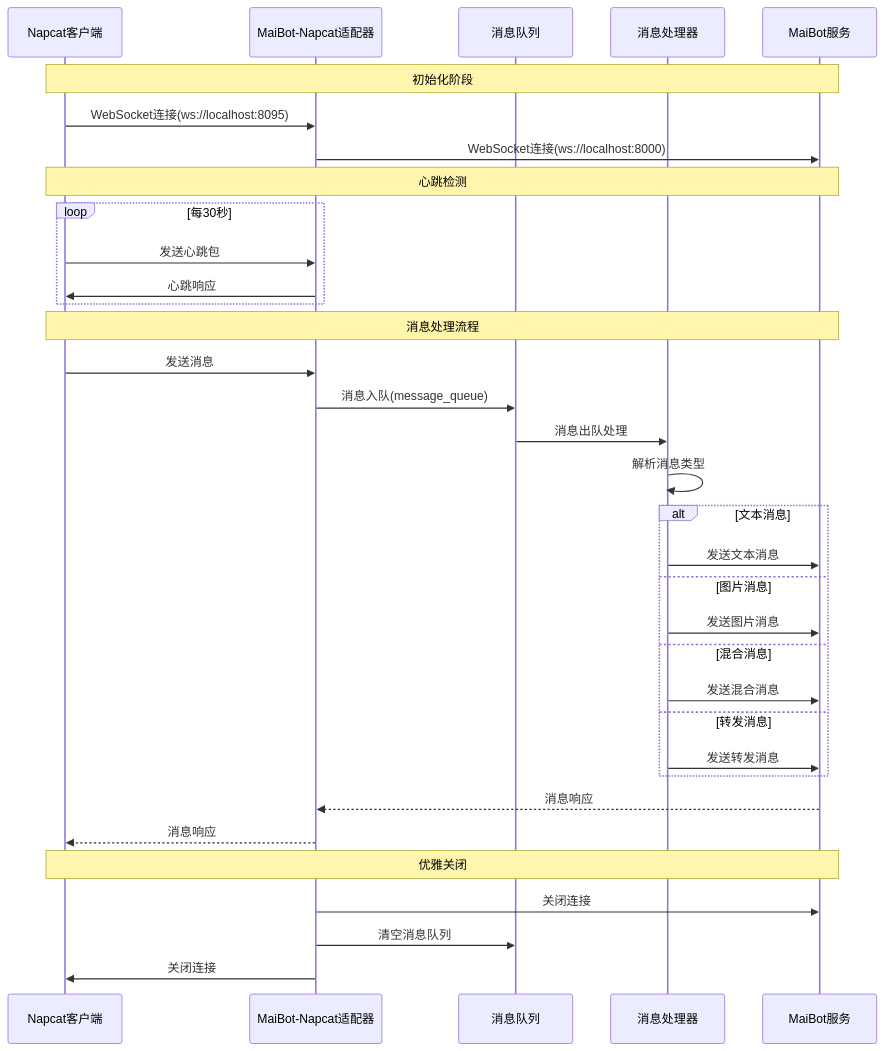
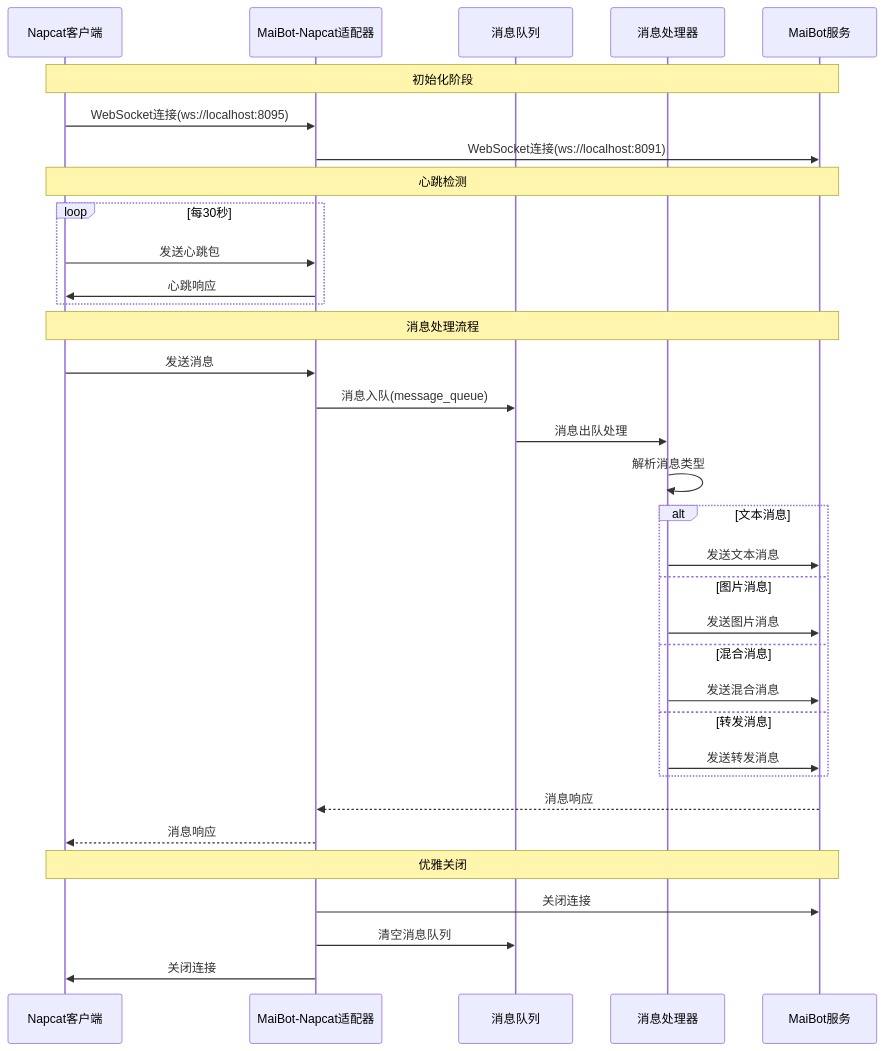
Before and after one commit to wenjinqing/MaiBot_wenfork: the diagram in MaiBot-JunJun/MaiBot-Napcat-Adapter/README.md, drawn with Mermaid. The commit also changed other lines of this file and 12 other files, not shown here.

````diff
--- a/MaiBot-JunJun/MaiBot-Napcat-Adapter/README.md
+++ b/MaiBot-JunJun/MaiBot-Napcat-Adapter/README.md
@@ -9,40 +15,40 @@
 ```mermaid
 sequenceDiagram
     participant Napcat as Napcat客户端
     participant Adapter as MaiBot-Napcat适配器
     participant Queue as 消息队列
     participant Handler as 消息处理器
     participant MaiBot as MaiBot服务
 
     Note over Napcat,MaiBot: 初始化阶段
     Napcat->>Adapter: WebSocket连接(ws://localhost:8095)
-    Adapter->>MaiBot: WebSocket连接(ws://localhost:8000)
+    Adapter->>MaiBot: WebSocket连接(ws://localhost:8091)
     
     Note over Napcat,MaiBot: 心跳检测
     loop 每30秒
         Napcat->>Adapter: 发送心跳包
         Adapter->>Napcat: 心跳响应
     end
 
     Note over Napcat,MaiBot: 消息处理流程
     Napcat->>Adapter: 发送消息
     Adapter->>Queue: 消息入队(message_queue)
     Queue->>Handler: 消息出队处理
     Handler->>Handler: 解析消息类型
     alt 文本消息
         Handler->>MaiBot: 发送文本消息
     else 图片消息
         Handler->>MaiBot: 发送图片消息
     else 混合消息
         Handler->>MaiBot: 发送混合消息
     else 转发消息
         Handler->>MaiBot: 发送转发消息
     end
     MaiBot-->>Adapter: 消息响应
     Adapter-->>Napcat: 消息响应
 
     Note over Napcat,MaiBot: 优雅关闭
     Adapter->>MaiBot: 关闭连接
     Adapter->>Queue: 清空消息队列
     Adapter->>Napcat: 关闭连接
 ```
````
